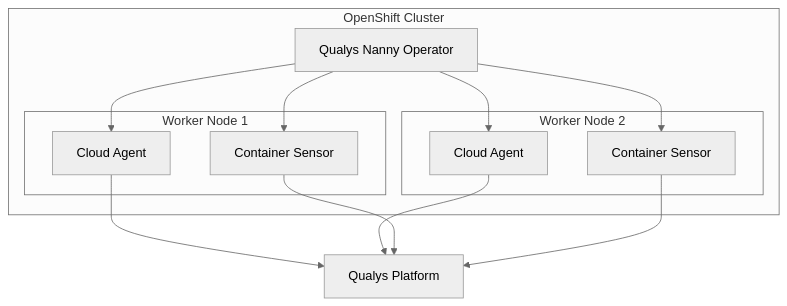
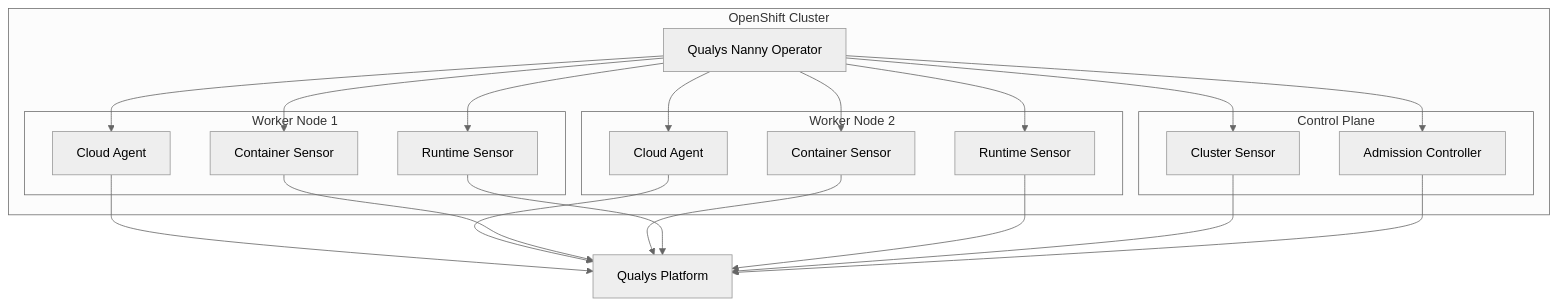
One commit to nelssec/qualys-nanny changed the first of 12 diagrams in docs/blog.md. Above: the diagram before and after it, drawn with Mermaid (neutral theme). The commit also changed other lines of this file and 10 other files, not shown here.

````diff
--- a/docs/blog.md
+++ b/docs/blog.md
@@ -9,28 +9,43 @@
 ```mermaid
 flowchart TB
     subgraph cluster[OpenShift Cluster]
         OPERATOR[Qualys Nanny Operator]
 
+        subgraph control[Control Plane]
+            CLUSTER[Cluster Sensor]
+            ADMISSION[Admission Controller]
+        end
+
         subgraph node1[Worker Node 1]
             CA1[Cloud Agent]
             CS1[Container Sensor]
+            RT1[Runtime Sensor]
         end
 
         subgraph node2[Worker Node 2]
             CA2[Cloud Agent]
             CS2[Container Sensor]
+            RT2[Runtime Sensor]
         end
     end
 
     QP[Qualys Platform]
 
     OPERATOR --> CA1
     OPERATOR --> CA2
     OPERATOR --> CS1
     OPERATOR --> CS2
+    OPERATOR --> RT1
+    OPERATOR --> RT2
+    OPERATOR --> CLUSTER
+    OPERATOR --> ADMISSION
 
     CA1 --> QP
     CA2 --> QP
     CS1 --> QP
     CS2 --> QP
+    RT1 --> QP
+    RT2 --> QP
+    CLUSTER --> QP
+    ADMISSION --> QP
 ```
````
